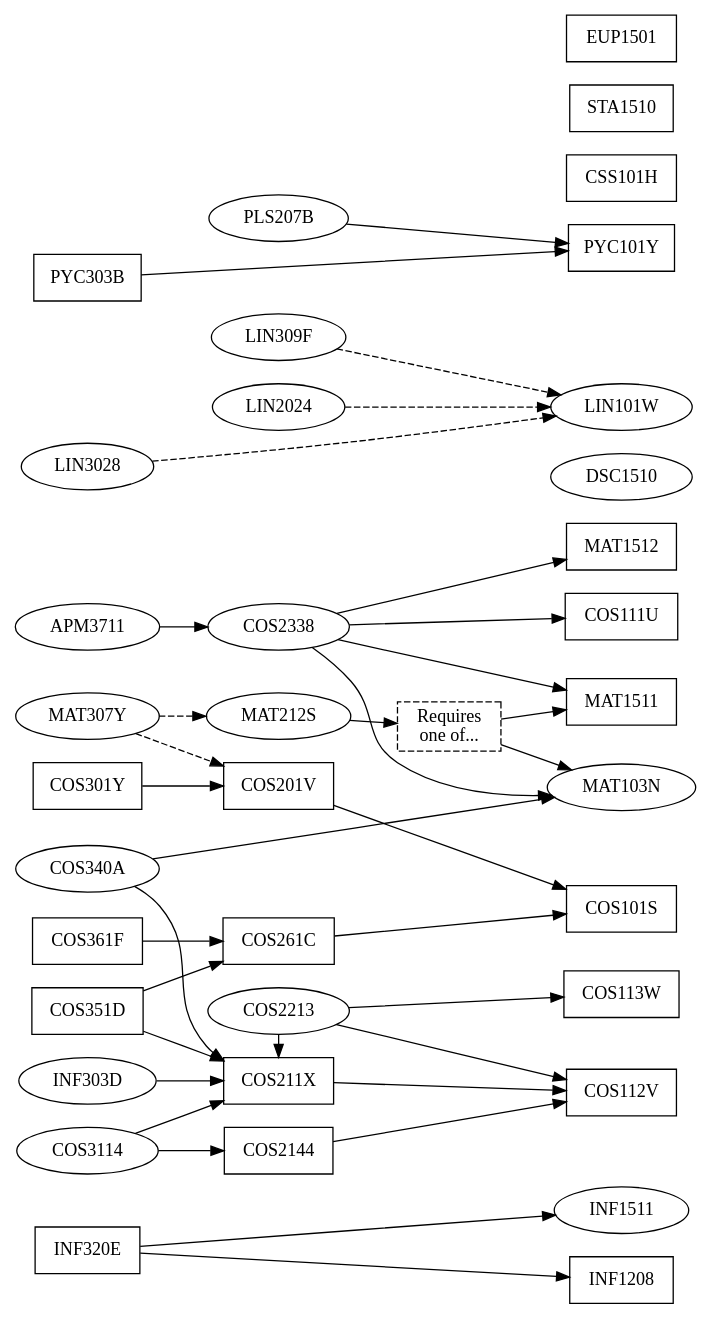
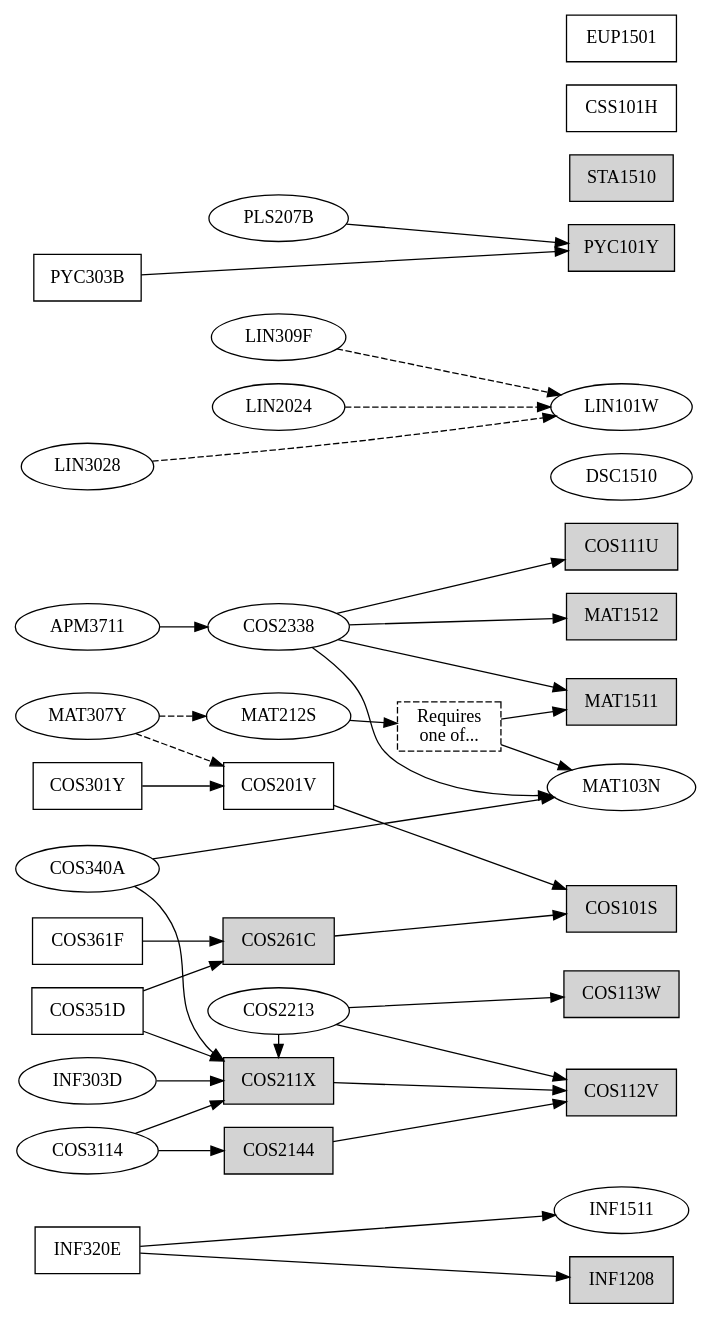
Before and after one commit to apauley/unisa-module-graph: the diagram in ComputationalIntelligence.dot, drawn with Graphviz.

Commit message:
Indicate completed modules

```diff
--- a/ComputationalIntelligence.dot
+++ b/ComputationalIntelligence.dot
@@ -1,51 +1,57 @@
 digraph ComputationalIntelligence {
     node [shape=box];
     rankdir=LR;
 
     // Optional modules are ellipse-shaped
     {node [shape=ellipse];
     INF1511 MAT103N DSC1510 LIN101W
     COS2213 COS2338 MAT212S LIN309F LIN2024 PLS207B
     COS3114 APM3711 MAT307Y INF303D LIN3028 COS340A}
+
+    // Completed modules
+    {node [style=filled];
+    COS111U COS112V COS113W MAT1511 MAT1512 COS101S
+    INF1208 PYC101Y STA1510 MAT103N DSC1510 LIN101W
+    COS211X COS261C COS2144 COS3114}
 
     {rank=same; COS301Y INF320E COS351D COS361F PYC303B}
     {rank=same; COS3114 APM3711 MAT307Y INF303D LIN3028 COS340A}
 
     {rank=same; COS201V COS211X COS261C COS2144}
     {rank=same; COS2213 COS2338 MAT212S LIN309F LIN2024 PLS207B}
 
     {rank=same; COS101S COS112V COS113W INF1208 MAT1511 MAT1512
                 PYC101Y COS111U CSS101H STA1510 EUP1501}
 
     {rank=same; INF1511 MAT103N DSC1510 LIN101W}
 
     COS301Y -> {COS201V}
     INF320E -> {INF1208 INF1511}
     COS351D -> {COS211X COS261C}
     COS361F -> {COS261C}
     PYC303B -> {PYC101Y}
 
     COS3114 -> {COS211X COS2144}
     APM3711 -> {COS2338}
     MAT307Y -> {MAT212S COS201V} [style=dashed]
     INF303D -> {COS211X}
     LIN3028 -> {LIN101W} [style=dashed]
     COS340A -> {COS211X MAT103N}
 
 
     COS201V -> {COS101S}
     COS211X -> {COS112V}
     COS261C -> {COS101S}
     COS2144 -> {COS112V}
 
     {rank=same; COS2213 COS211X}
     COS2213 -> {COS112V COS113W}
     COS2213 -> {COS211X}
     COS2338 -> {COS111U MAT103N MAT1511 MAT1512}
     MAT103OR151 [label="Requires\none of...", style=dashed];
     MAT212S -> {MAT103OR151}
     MAT103OR151 -> {MAT103N MAT1511}
     LIN309F -> {LIN101W} [style=dashed]
     LIN2024 -> {LIN101W} [style=dashed]
     PLS207B -> {PYC101Y}
 }
```
